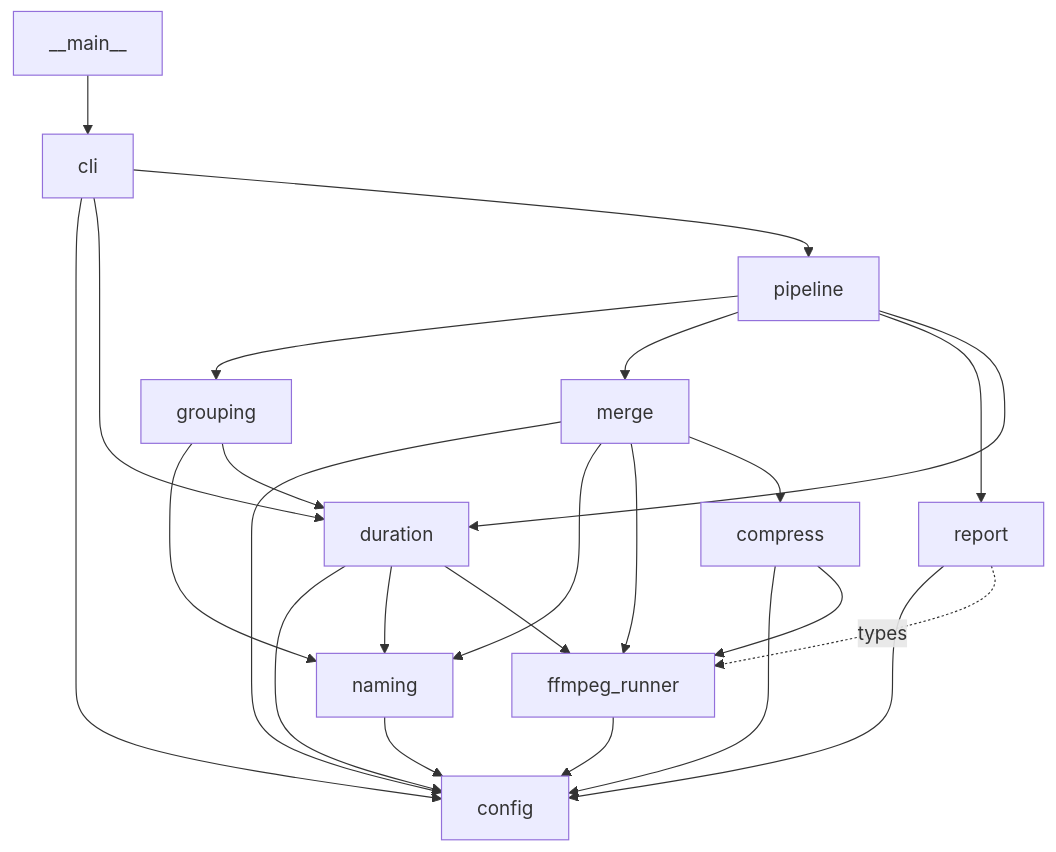
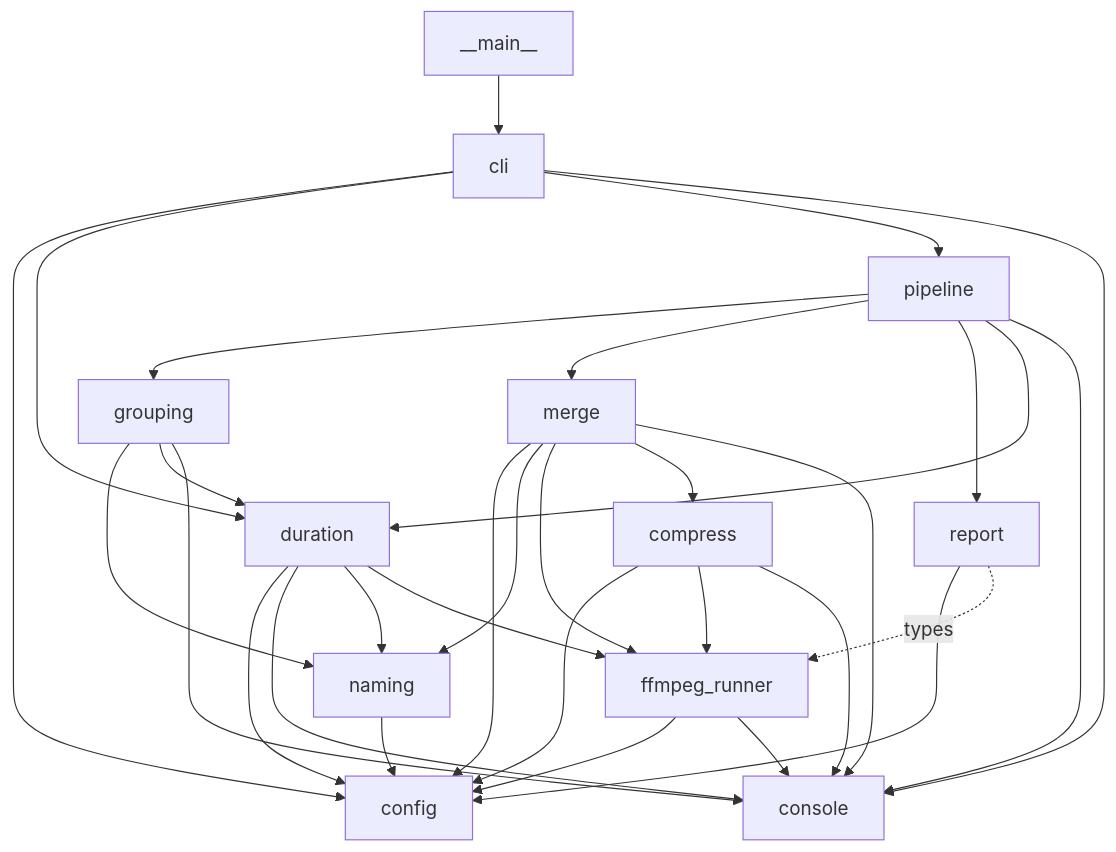
One commit to tinymins/scripts changed the first of 2 diagrams in car_replay/README.md. Above: the diagram before and after it, drawn with Mermaid. The commit also changed other lines of this file, not shown here.

First line of the commit message:
car_replay/README: fix stale architecture/CLI sections

````diff
--- a/car_replay/README.md
+++ b/car_replay/README.md
@@ -58,27 +62,35 @@
 ```mermaid
 graph TD
   config[config]
+  console[console]
   naming[naming] --> config
   ffmpeg_runner[ffmpeg_runner] --> config
+  ffmpeg_runner --> console
   duration[duration] --> config
+  duration --> console
   duration --> naming
   duration --> ffmpeg_runner
   grouping[grouping] --> naming
   grouping --> duration
+  grouping --> console
   compress[compress] --> config
   compress --> ffmpeg_runner
+  compress --> console
   merge[merge] --> config
   merge --> naming
   merge --> ffmpeg_runner
   merge --> compress
+  merge --> console
   report[report] --> config
   report -.types.-> ffmpeg_runner
   pipeline[pipeline] --> grouping
   pipeline --> merge
   pipeline --> report
   pipeline --> duration
+  pipeline --> console
   cli[cli] --> config
   cli --> duration
   cli --> pipeline
+  cli --> console
   main[__main__] --> cli
 ```
````
